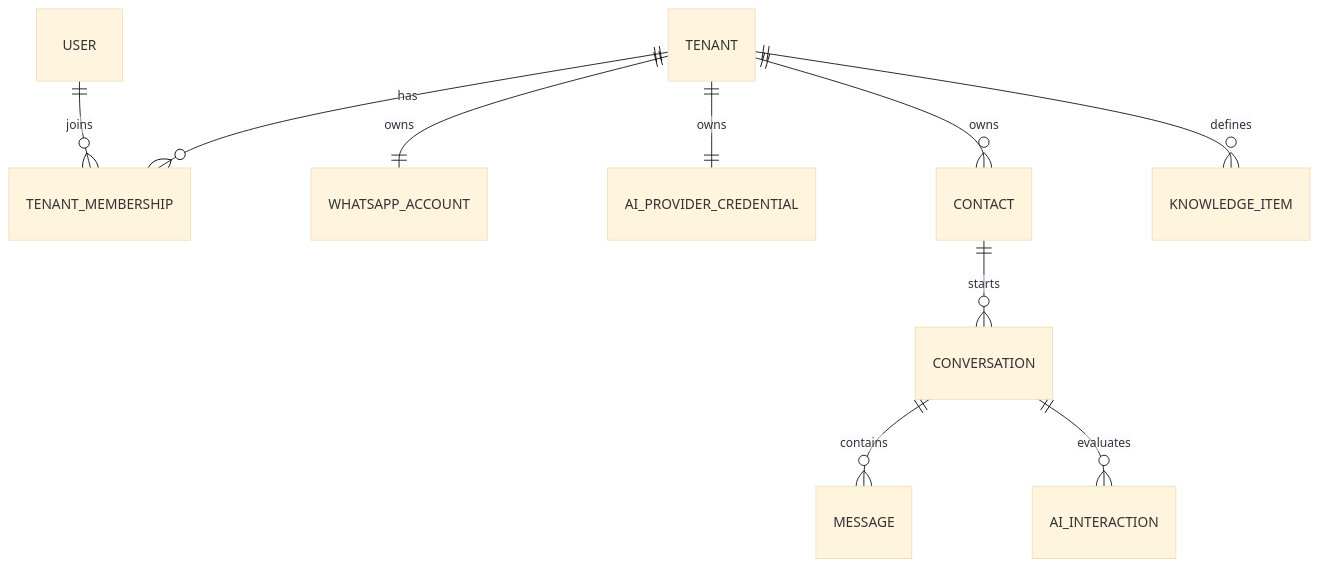
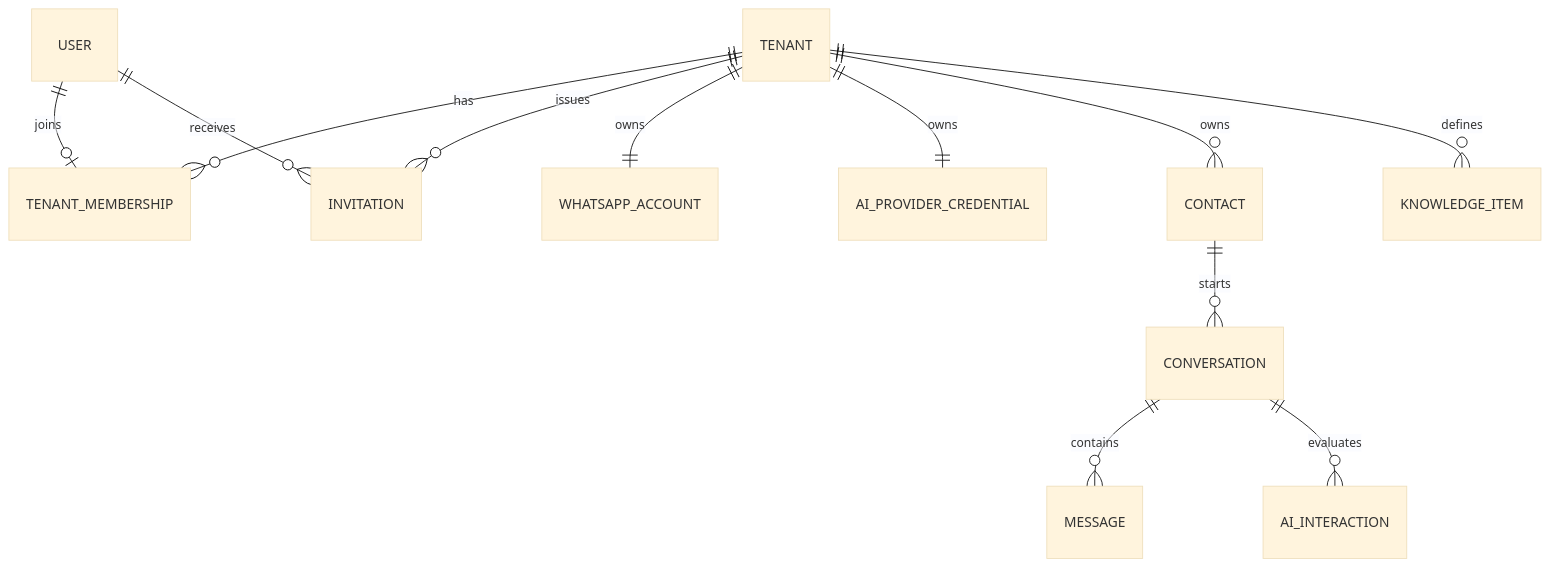
The diagram in specs/000-platform/data-model.md (MelqueLord/WhatsAppAI), drawn with Mermaid (base theme) before and after one commit. The commit also changed other lines of this file and 9 other files, not shown here.

````diff
--- a/specs/000-platform/data-model.md
+++ b/specs/000-platform/data-model.md
@@ -97,12 +109,14 @@
 ```mermaid
 erDiagram
   TENANT ||--o{ TENANT_MEMBERSHIP : has
-  USER ||--o{ TENANT_MEMBERSHIP : joins
+    USER ||--o| TENANT_MEMBERSHIP : joins
+  TENANT ||--o{ INVITATION : issues
+  USER ||--o{ INVITATION : receives
   TENANT ||--|| WHATSAPP_ACCOUNT : owns
   TENANT ||--|| AI_PROVIDER_CREDENTIAL : owns
   TENANT ||--o{ CONTACT : owns
   CONTACT ||--o{ CONVERSATION : starts
   CONVERSATION ||--o{ MESSAGE : contains
   CONVERSATION ||--o{ AI_INTERACTION : evaluates
   TENANT ||--o{ KNOWLEDGE_ITEM : defines
 ```
````
